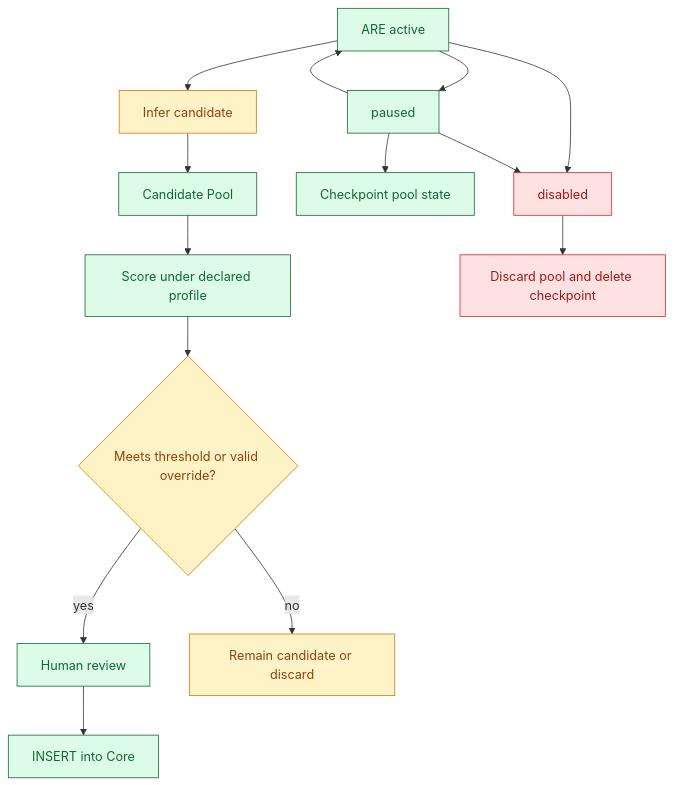
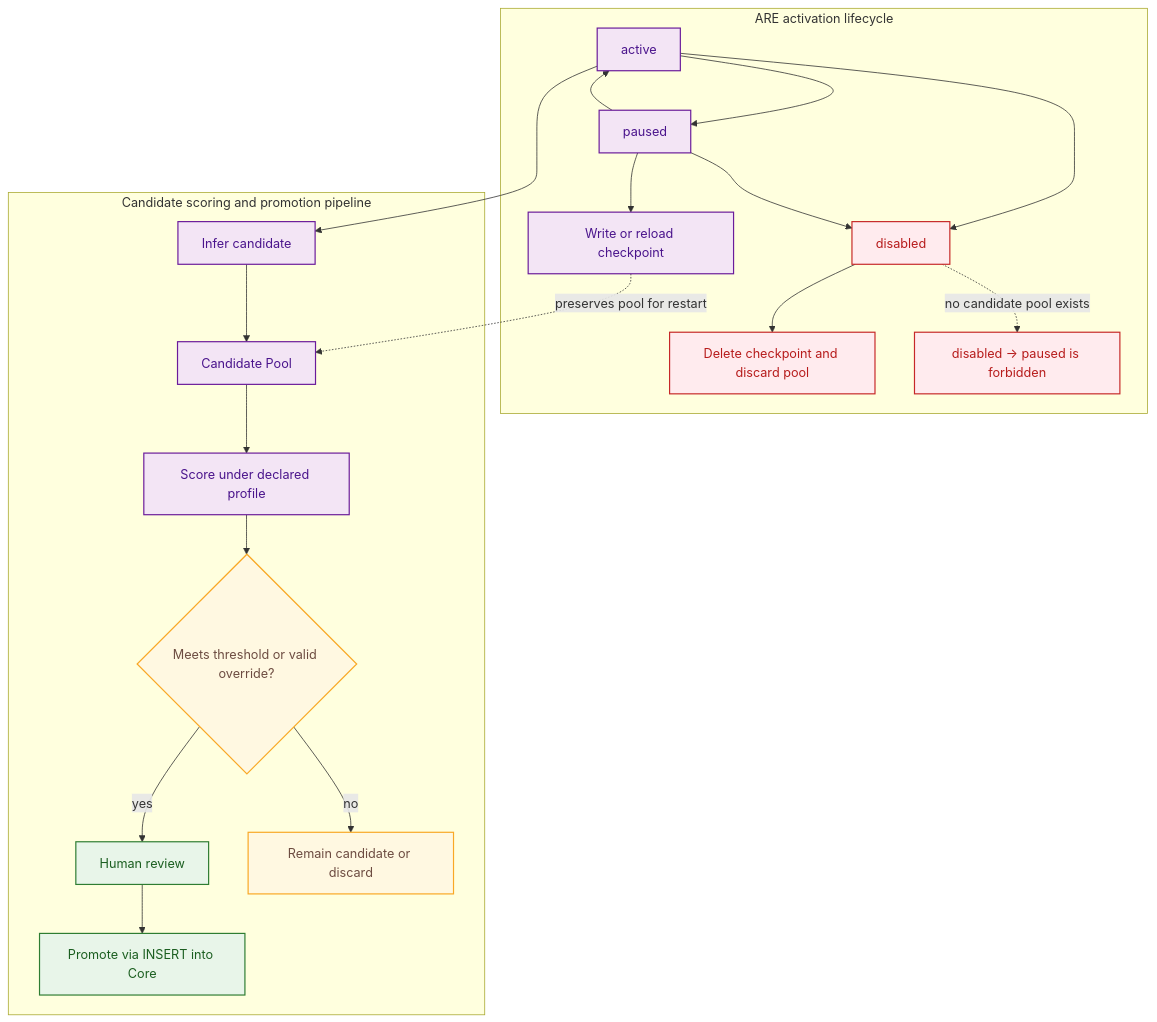
Before and after one commit to formosa/Antigravity: diagram 26 of 28 in .agent/assets/proposals/active/v6.3/ddr_ref_manual_v6.3.md, drawn with Mermaid. The commit also changed other lines of this file, not shown here.

````diff
--- a/.agent/assets/proposals/active/v6.3/ddr_ref_manual_v6.3.md
+++ b/.agent/assets/proposals/active/v6.3/ddr_ref_manual_v6.3.md
@@ -1933,23 +2064,46 @@
 ```mermaid
-flowchart TD
-    ACTIVE["ARE active"] --> INFER["Infer candidate"]
-    INFER --> POOL["Candidate Pool"]
-    POOL --> SCORE["Score under declared profile"]
-    SCORE --> THRESH{"Meets threshold or valid override?"}
-    THRESH -->|yes| REVIEW["Human review"]
-    REVIEW --> INSERT["INSERT into Core"]
-    THRESH -->|no| HOLD["Remain candidate or discard"]
-    ACTIVE --> PAUSED["paused"]
-    PAUSED --> CHECK["Checkpoint pool state"]
-    PAUSED --> ACTIVE
-    ACTIVE --> DISABLED["disabled"]
-    PAUSED --> DISABLED
-    DISABLED --> DROP["Discard pool and delete checkpoint"]
+flowchart TB
+    accTitle: ARE candidate-pool and scoring lifecycle
+    accDescr: Separates the ARE activation state machine from the candidate scoring and promotion pipeline, including checkpointing and the forbidden disabled-to-paused transition.
+    subgraph ACT["ARE activation lifecycle"]
+        ACTIVE["active"]
+        PAUSED["paused"]
+        DISABLED["disabled"]
+        CHECKPOINT["Write or reload checkpoint"]
+        DROP["Delete checkpoint and discard pool"]
+        FORBID["disabled -> paused is forbidden"]
 
-    classDef normative fill:#dcfce7,stroke:#166534,color:#166534;
-    classDef caution fill:#fef3c7,stroke:#d97706,color:#92400e;
-    classDef alert fill:#fee2e2,stroke:#dc2626,color:#991b1b;
-    class ACTIVE,PAUSED,POOL,SCORE,REVIEW,INSERT,CHECK normative;
-    class INFER,THRESH,HOLD caution;
-    class DISABLED,DROP alert;
+        ACTIVE --> PAUSED
+        PAUSED --> ACTIVE
+        ACTIVE --> DISABLED
+        PAUSED --> DISABLED
+        PAUSED --> CHECKPOINT
+        DISABLED --> DROP
+        DISABLED -. no candidate pool exists .-> FORBID
+    end
+    subgraph PIPE["Candidate scoring and promotion pipeline"]
+        INFER["Infer candidate"]
+        POOL["Candidate Pool"]
+        SCORE["Score under declared profile"]
+        THRESH{"Meets threshold or valid override?"}
+        REVIEW["Human review"]
+        INSERT["Promote via INSERT into Core"]
+        HOLD["Remain candidate or discard"]
+
+        INFER --> POOL --> SCORE --> THRESH
+        THRESH -->|yes| REVIEW --> INSERT
+        THRESH -->|no| HOLD
+    end
+
+    ACTIVE --> INFER
+    CHECKPOINT -. preserves pool for restart .-> POOL
+
+    classDef normative fill:#e8f5e9,stroke:#2e7d32,color:#1b5e20,stroke-width:1.5px;
+    classDef caution fill:#fff8e1,stroke:#f9a825,color:#6d4c41,stroke-width:1.5px;
+    classDef alert fill:#ffebee,stroke:#c62828,color:#b71c1c,stroke-width:1.5px;
+    classDef extension fill:#f3e5f5,stroke:#6a1b9a,color:#4a148c,stroke-width:1.5px;
+    class ACTIVE,PAUSED,CHECKPOINT,INFER,POOL,SCORE extension;
+    class THRESH,HOLD caution;
+    class REVIEW,INSERT normative;
+    class DISABLED,DROP,FORBID alert;
 ```
````
